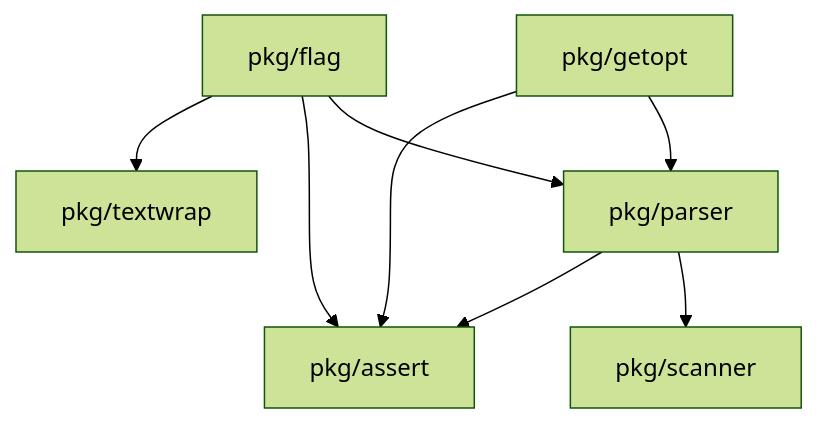
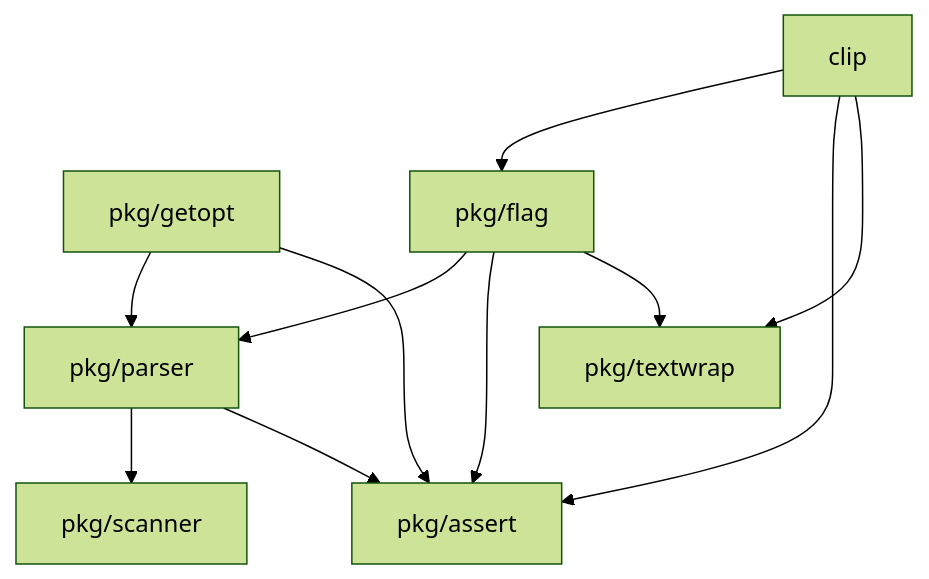
Before and after one commit to bassosimone/clip: the diagram in README.md, drawn with Mermaid (forest theme). The commit also changed other lines of this file and 1 other file, not shown here.

Commit message:
doc(README.md): document the top-level clip package

````diff
--- a/README.md
+++ b/README.md
@@ -98,17 +153,21 @@
 ```mermaid
 flowchart TD
     assert[pkg/assert]
+    clip
     getopt[pkg/getopt]
     flag[pkg/flag]
     parser[pkg/parser]
     scanner[pkg/scanner]
     textwrap[pkg/textwrap]
 
+    clip --> flag
+    clip --> assert
+    clip --> textwrap
     getopt --> parser
     flag --> parser
     parser --> scanner
     flag --> assert
     getopt --> assert
     parser --> assert
     flag --> textwrap
 ```
````
